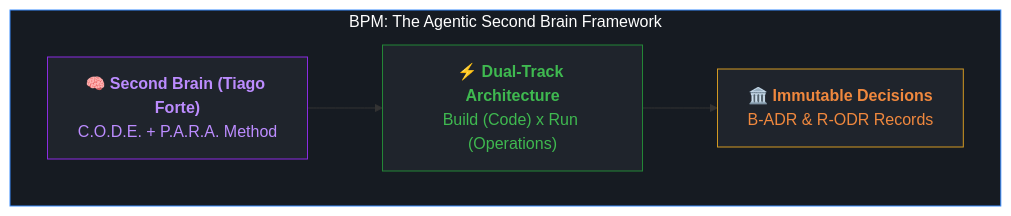
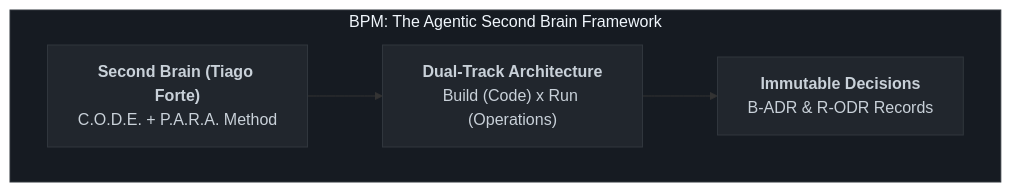
One commit to NROxAI/NROxAI changed the diagram in README.md. Above: the diagram before and after it, drawn with Mermaid. The commit also changed other lines of this file, not shown here.

Commit message:
style: remove informal icons and harmonize sober diagram palette

````diff
--- a/README.md
+++ b/README.md
@@ -16,13 +16,13 @@
 ```mermaid
 graph LR
     subgraph Engine ["BPM: The Agentic Second Brain Framework"]
         direction LR
-        A["🧠 <b>Second Brain (Tiago Forte)</b><br>C.O.D.E. + P.A.R.A. Method"] 
-        --> B["⚡ <b>Dual-Track Architecture</b><br>Build (Code) x Run (Operations)"]
-        --> C["🏛️ <b>Immutable Decisions</b><br>B-ADR & R-ODR Records"]
+        A["<b>Second Brain (Tiago Forte)</b><br>C.O.D.E. + P.A.R.A. Method"] 
+        --> B["<b>Dual-Track Architecture</b><br>Build (Code) x Run (Operations)"]
+        --> C["<b>Immutable Decisions</b><br>B-ADR & R-ODR Records"]
     end
-    style Engine fill:#161b22,stroke:#388bfd,stroke-width:1px,color:#fff
-    style A fill:#1f242c,stroke:#8a2be2,color:#bc8cff
-    style B fill:#1f242c,stroke:#238636,color:#3fb950
-    style C fill:#1f242c,stroke:#d29922,color:#f0883e
+    style Engine fill:#161b22,stroke:#30363d,stroke-width:1px,color:#f0f6fc
+    style A fill:#21262d,stroke:#30363d,color:#c9d1d9
+    style B fill:#21262d,stroke:#30363d,color:#c9d1d9
+    style C fill:#21262d,stroke:#30363d,color:#c9d1d9
 ```
````
